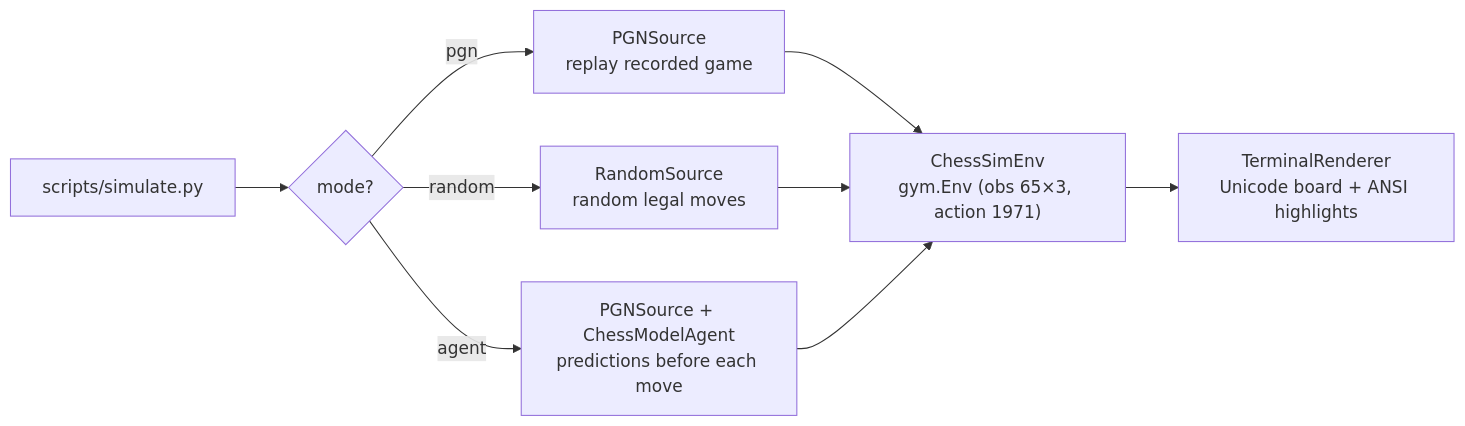
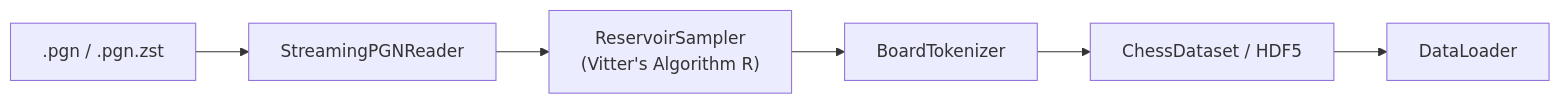
The second of 3 diagrams in README.md (sombersomni/chess-policy-agent), drawn with Mermaid before and after one commit. The commit also changed other lines of this file, not shown here.

First line of the commit message:
docs: redesign README with clean diagrams, math formulas, and RL section

````diff
--- a/README.md
+++ b/README.md
@@ -587,11 +225,8 @@
 ```mermaid
-flowchart LR
-    CLI["scripts/simulate.py"] --> mode{mode?}
-    mode -->|pgn| PGN["PGNSource\nreplay recorded game"]
-    mode -->|random| RND["RandomSource\nrandom legal moves"]
-    mode -->|agent| AGT["PGNSource + ChessModelAgent\npredictions before each move"]
-    PGN --> Env["ChessSimEnv\ngym.Env (obs 65×3, action 1971)"]
-    RND --> Env
-    AGT --> Env
-    Env --> Renderer["TerminalRenderer\nUnicode board + ANSI highlights"]
+graph LR
+    PGN[".pgn / .pgn.zst"] --> STREAM["StreamingPGNReader"]
+    STREAM --> SAMPLE["ReservoirSampler<br/>(Vitter's Algorithm R)"]
+    SAMPLE --> TOK["BoardTokenizer"]
+    TOK --> DS["ChessDataset / HDF5"]
+    DS --> DL["DataLoader"]
 ```
````
